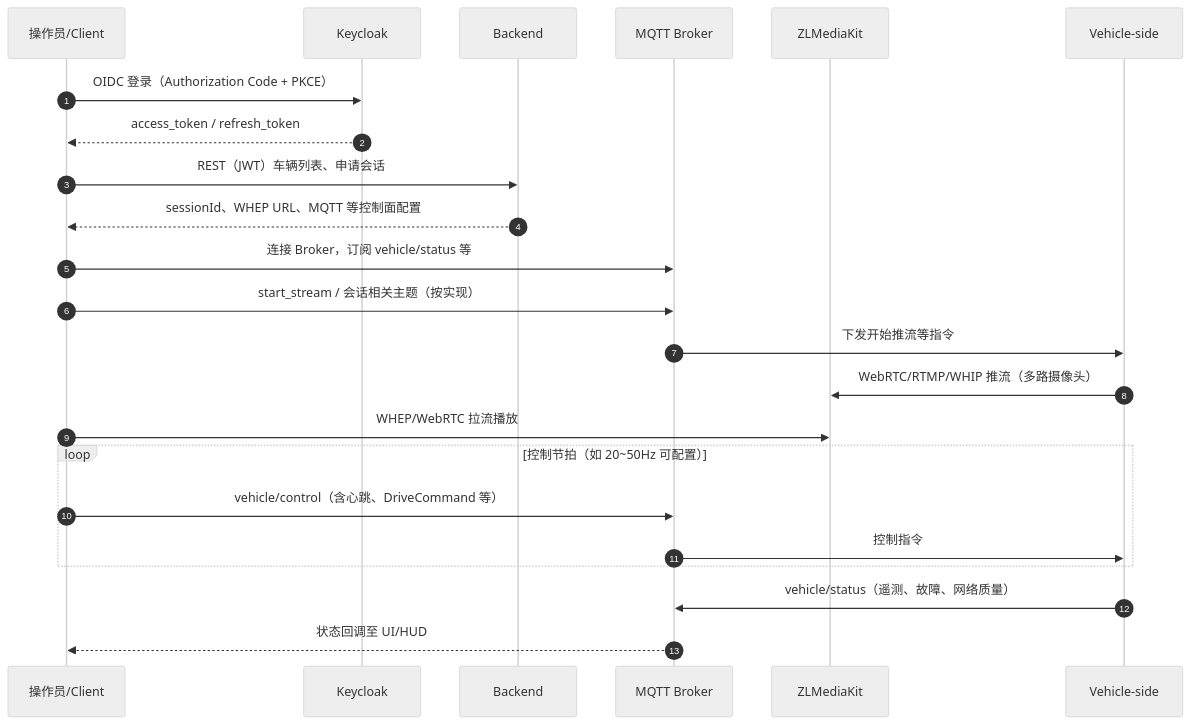
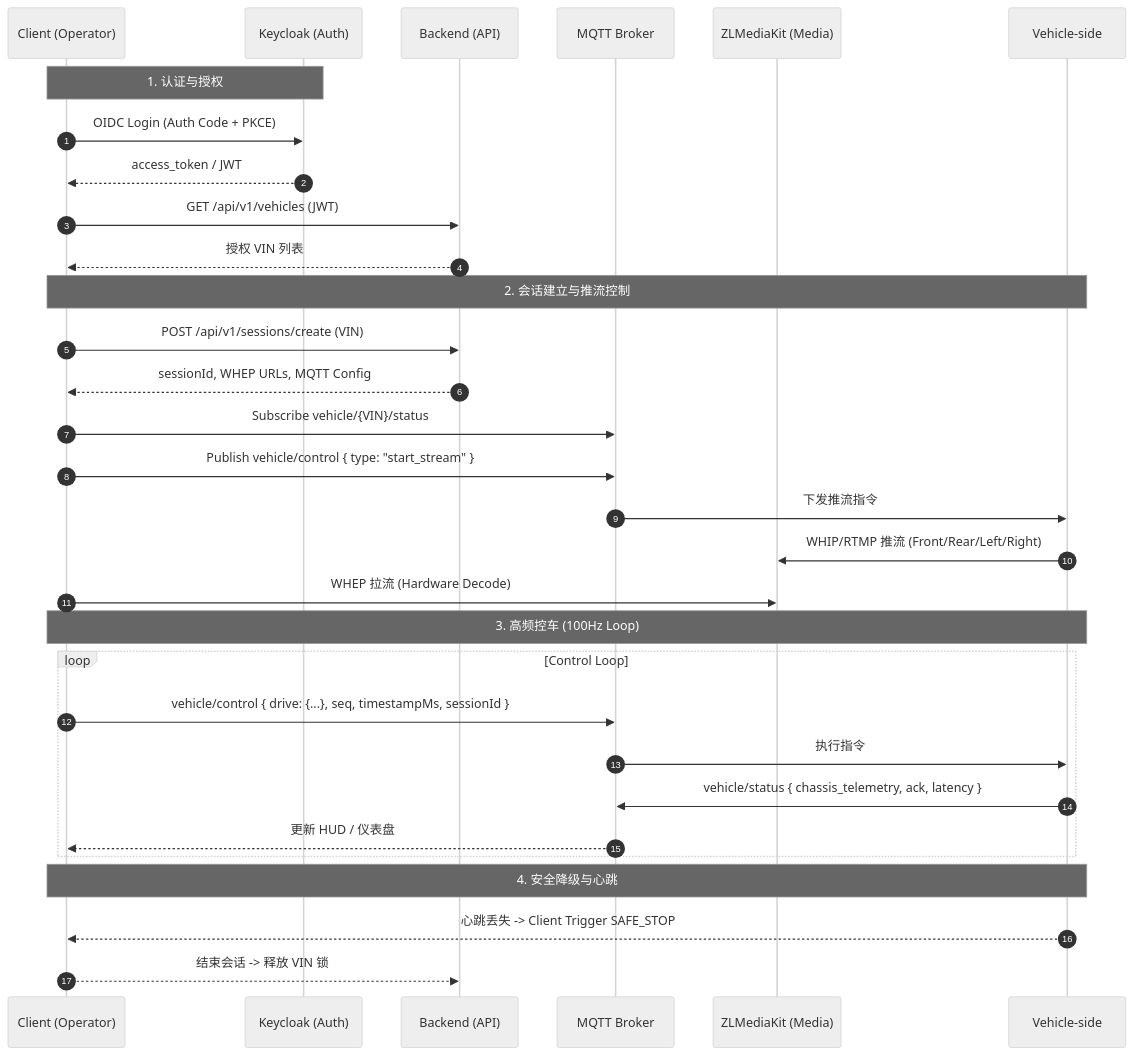
The third of 5 diagrams in README.md (xinruozhishui201314/Remote-Driving-OK), drawn with Mermaid (neutral theme) before and after one commit. The commit also changed other lines of this file and 194 other files, not shown here.

````diff
--- a/README.md
+++ b/README.md
@@ -95,26 +108,37 @@
 ```mermaid
 sequenceDiagram
     autonumber
-    participant Op as 操作员/Client
-    participant KC as Keycloak
-    participant BE as Backend
+    participant Op as Client (Operator)
+    participant KC as Keycloak (Auth)
+    participant BE as Backend (API)
     participant MQ as MQTT Broker
-    participant ZLM as ZLMediaKit
+    participant ZLM as ZLMediaKit (Media)
     participant VH as Vehicle-side
 
-    Op->>KC: OIDC 登录（Authorization Code + PKCE）
-    KC-->>Op: access_token / refresh_token
-    Op->>BE: REST（JWT）车辆列表、申请会话
-    BE-->>Op: sessionId、WHEP URL、MQTT 等控制面配置
-    Op->>MQ: 连接 Broker，订阅 vehicle/status 等
-    Op->>MQ: start_stream / 会话相关主题（按实现）
-    MQ->>VH: 下发开始推流等指令
-    VH->>ZLM: WebRTC/RTMP/WHIP 推流（多路摄像头）
-    Op->>ZLM: WHEP/WebRTC 拉流播放
-    loop 控制节拍（如 20~50Hz 可配置）
-        Op->>MQ: vehicle/control（含心跳、DriveCommand 等）
-        MQ->>VH: 控制指令
+    Note over Op, KC: 1. 认证与授权
+    Op->>KC: OIDC Login (Auth Code + PKCE)
+    KC-->>Op: access_token / JWT
+    Op->>BE: GET /api/v1/vehicles (JWT)
+    BE-->>Op: 授权 VIN 列表
+
+    Note over Op, VH: 2. 会话建立与推流控制
+    Op->>BE: POST /api/v1/sessions/create (VIN)
+    BE-->>Op: sessionId, WHEP URLs, MQTT Config
+    Op->>MQ: Subscribe vehicle/{VIN}/status
+    Op->>MQ: Publish vehicle/control { type: "start_stream" }
+    MQ->>VH: 下发推流指令
+    VH->>ZLM: WHIP/RTMP 推流 (Front/Rear/Left/Right)
+    Op->>ZLM: WHEP 拉流 (Hardware Decode)
+
+    Note over Op, VH: 3. 高频控车 (100Hz Loop)
+    loop Control Loop
+        Op->>MQ: vehicle/control { drive: {...}, seq, timestampMs, sessionId }
+        MQ->>VH: 执行指令
+        VH->>MQ: vehicle/status { chassis_telemetry, ack, latency }
+        MQ-->>Op: 更新 HUD / 仪表盘
     end
-    VH->>MQ: vehicle/status（遥测、故障、网络质量）
-    MQ-->>Op: 状态回调至 UI/HUD
+
+    Note over Op, VH: 4. 安全降级与心跳
+    VH-->>Op: 心跳丢失 -> Client Trigger SAFE_STOP
+    Op-->>BE: 结束会话 -> 释放 VIN 锁
 ```
````
